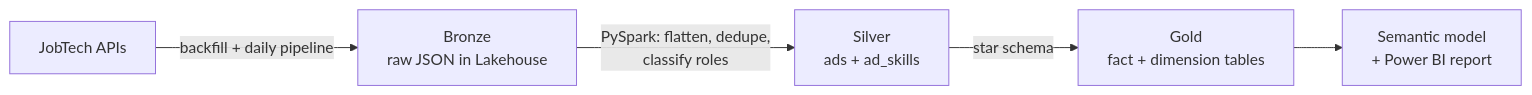
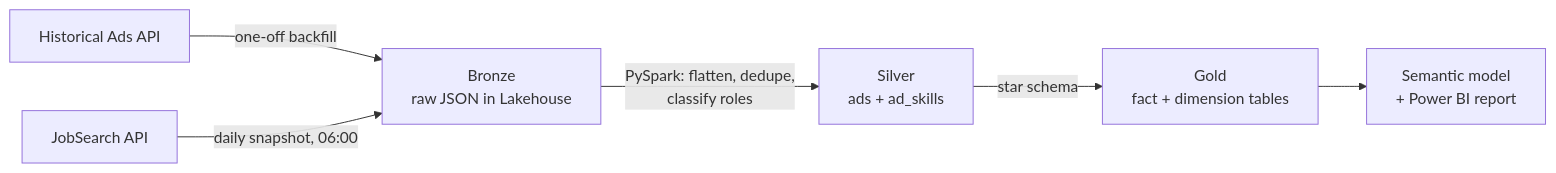
The diagram in README.md (nilsafpetersens/platsbanken-data-jobs), drawn with Mermaid before and after one commit. The commit also changed other lines of this file, not shown here.

Commit message:
README: daglig pipeline

````diff
--- a/README.md
+++ b/README.md
@@ -55,7 +55,8 @@
 ```mermaid
 flowchart LR
-    A[JobTech APIs] -->|backfill + daily pipeline| B[Bronze<br/>raw JSON in Lakehouse]
+    A[Historical Ads API] -->|one-off backfill| B[Bronze<br/>raw JSON in Lakehouse]
+    A2[JobSearch API] -->|daily snapshot, 06:00| B
     B -->|PySpark: flatten, dedupe,<br/>classify roles| C[Silver<br/>ads + ad_skills]
     C -->|star schema| D[Gold<br/>fact + dimension tables]
     D --> E[Semantic model<br/>+ Power BI report]
 ```
````
